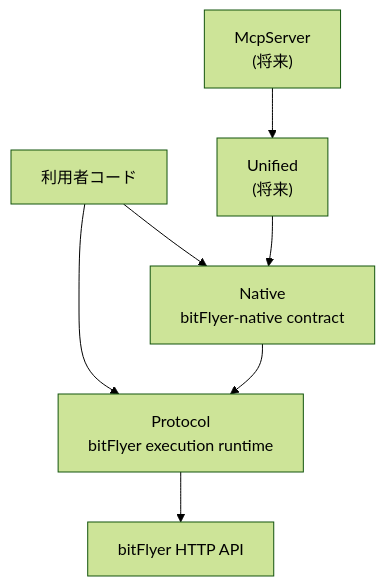
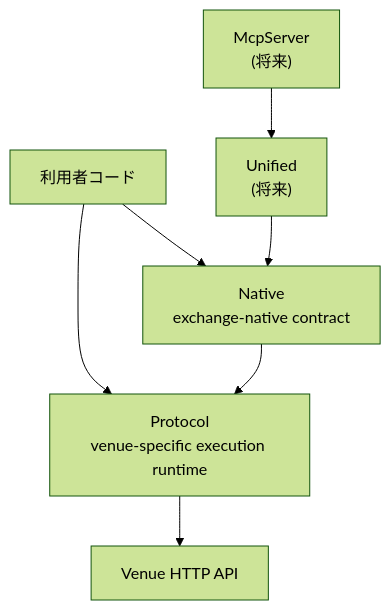
The first of 3 diagrams in docs/stage10.md (tkoba0410/ExchangeAPI), drawn with Mermaid (forest theme) before and after one commit. The commit also changed other lines of this file and 1 other file, not shown here.

````diff
--- a/docs/stage10.md
+++ b/docs/stage10.md
@@ -48,17 +52,17 @@
 ```mermaid
 flowchart TB
     App["利用者コード"]
     Mcp["McpServer<br/>(将来)"]
     Uni["Unified<br/>(将来)"]
-    Native["Native<br/>bitFlyer-native contract"]
-    Protocol["Protocol<br/>bitFlyer execution runtime"]
-    Api["bitFlyer HTTP API"]
+    Native["Native<br/>exchange-native contract"]
+    Protocol["Protocol<br/>venue-specific execution runtime"]
+    Api["Venue HTTP API"]
 
     App --> Native
     App --> Protocol
 
     Mcp --> Uni
     Uni --> Native
     Native --> Protocol
     Protocol --> Api
 ```
````
